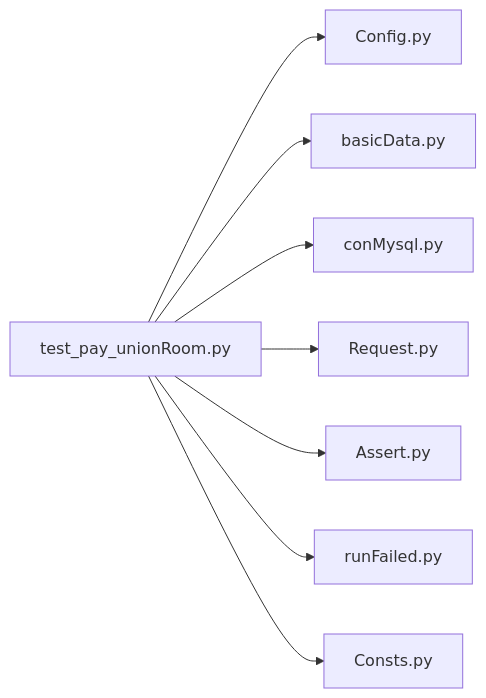
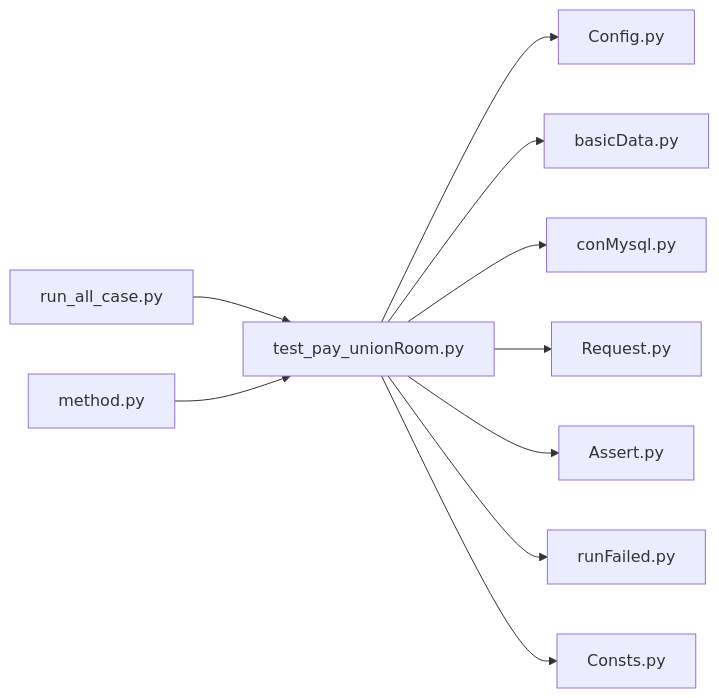
One commit to liximing1-ola/qa-payTest changed the fourth of 4 diagrams in .qoder/repowiki/zh/content/支付测试用例/房间支付测试/联盟房支付测试.md. Above: the diagram before and after it, drawn with Mermaid. The commit also changed other lines of this file and 103 other files, not shown here.

````diff
--- a/.qoder/repowiki/zh/content/支付测试用例/房间支付测试/联盟房支付测试.md
+++ b/.qoder/repowiki/zh/content/支付测试用例/房间支付测试/联盟房支付测试.md
@@ -286,10 +344,12 @@
 ```mermaid
 graph LR
 U["test_pay_unionRoom.py"] --> CFG["Config.py"]
 U --> ENC["basicData.py"]
 U --> DB["conMysql.py"]
 U --> REQ["Request.py"]
 U --> ASS["Assert.py"]
 U --> RET["runFailed.py"]
 U --> CST["Consts.py"]
+RUN["run_all_case.py"] --> U
+METH["method.py"] --> U
 ```
````
